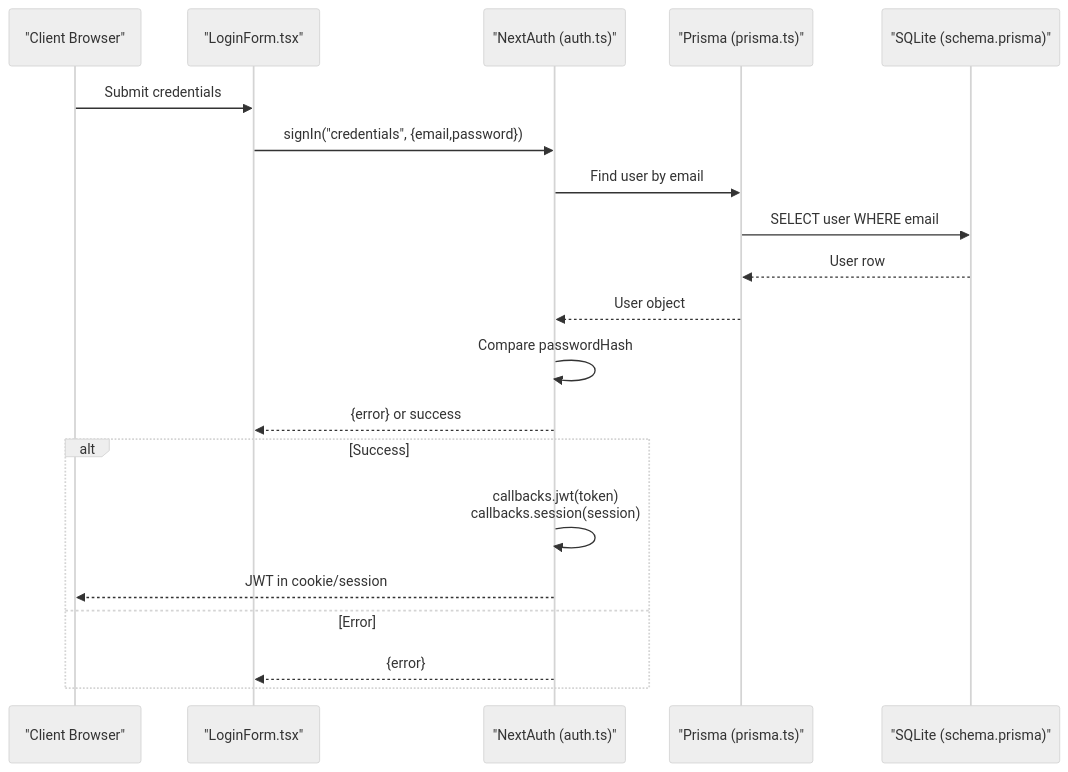
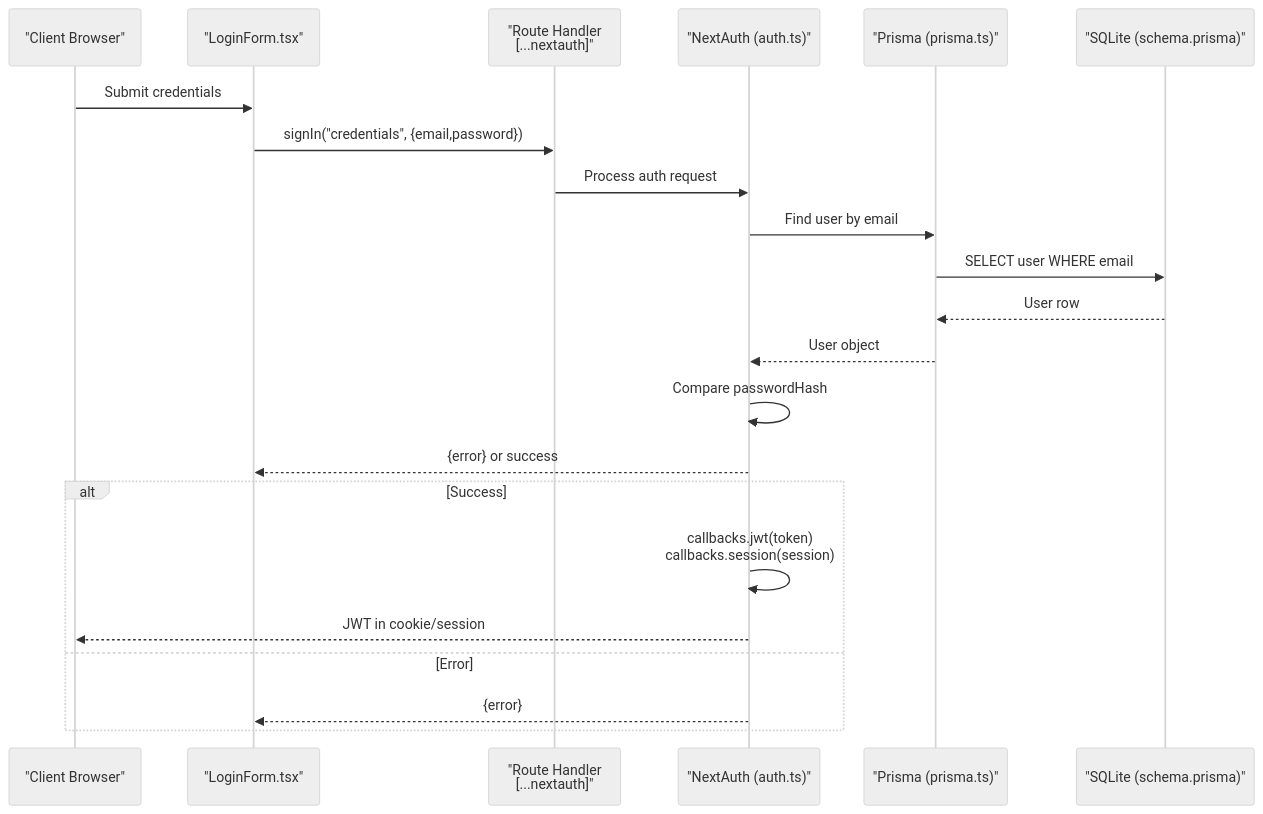
Before and after one commit to Crowdspender/titchybooks-app: the second of 4 diagrams in .qoder/repowiki/en/content/Authentication & Authorization/NextAuth Configuration & Setup.md, drawn with Mermaid (neutral theme). The commit also changed other lines of this file and 74 other files, not shown here.

````diff
--- a/.qoder/repowiki/en/content/Authentication & Authorization/NextAuth Configuration & Setup.md
+++ b/.qoder/repowiki/en/content/Authentication & Authorization/NextAuth Configuration & Setup.md
@@ -94,22 +110,24 @@
 ```mermaid
 sequenceDiagram
 participant C as "Client Browser"
 participant L as "LoginForm.tsx"
+participant RH as "Route Handler<br/>[...nextauth]"
 participant N as "NextAuth (auth.ts)"
 participant P as "Prisma (prisma.ts)"
 participant D as "SQLite (schema.prisma)"
 C->>L : Submit credentials
-L->>N : signIn("credentials", {email,password})
+L->>RH : signIn("credentials", {email,password})
+RH->>N : Process auth request
 N->>P : Find user by email
 P->>D : SELECT user WHERE email
 D-->>P : User row
 P-->>N : User object
 N->>N : Compare passwordHash
 N-->>L : {error} or success
 alt Success
 N->>N : callbacks.jwt(token)<br/>callbacks.session(session)
 N-->>C : JWT in cookie/session
 else Error
 N-->>L : {error}
 end
 ```
````
